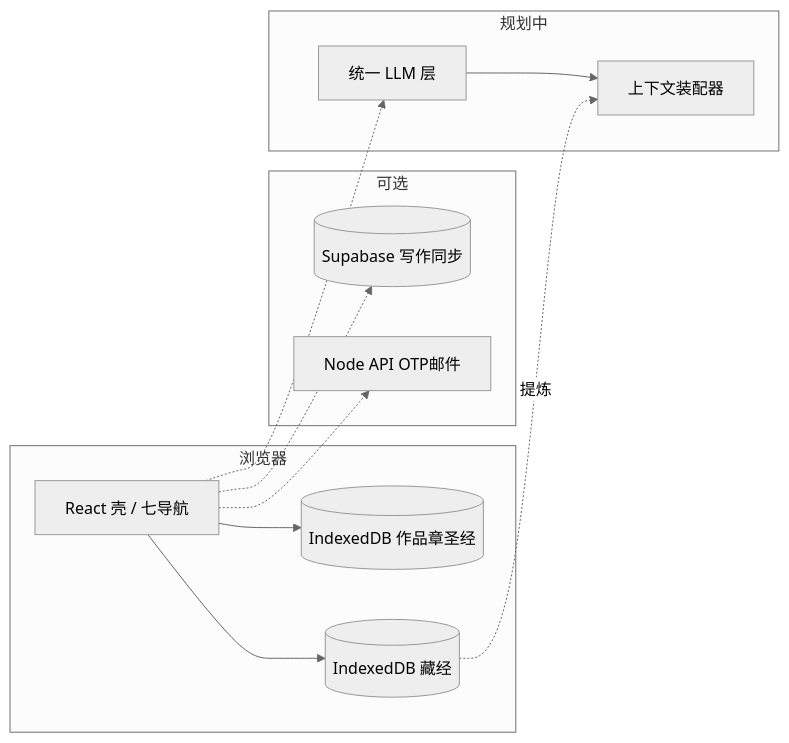
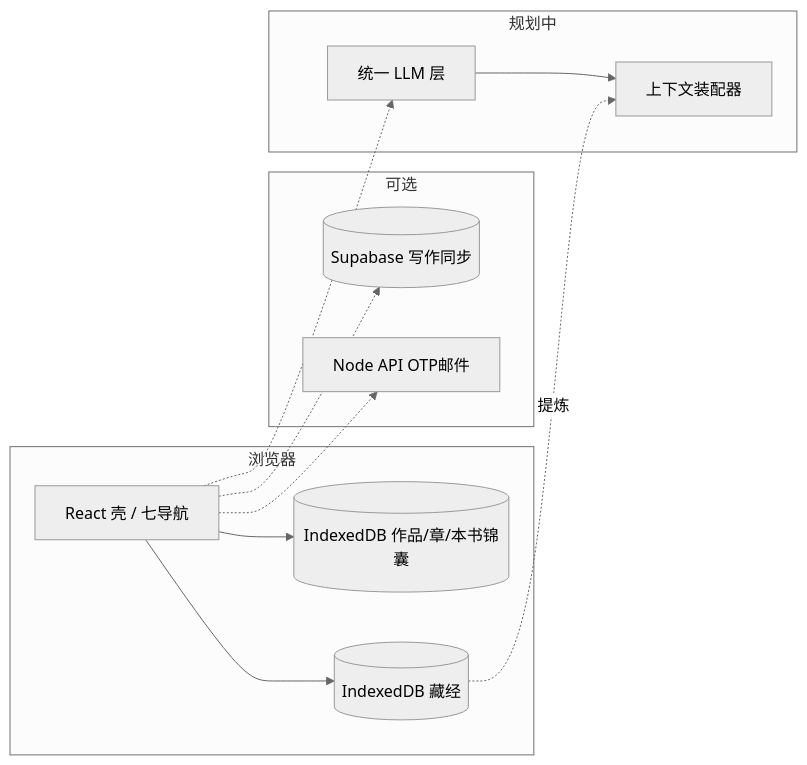
One commit to arome1005/liubaiai.com changed the diagram in design/ppt-source-materials.md. Above: the diagram before and after it, drawn with Mermaid (neutral theme). The commit also changed other lines of this file and 358 other files, not shown here.

First line of the commit message:
feat: add cangjing AI chat, prompt review flow, creator center UI

````diff
--- a/design/ppt-source-materials.md
+++ b/design/ppt-source-materials.md
@@ -268,23 +268,23 @@
 ```mermaid
 flowchart LR
   subgraph client [浏览器]
     UI[React 壳 / 七导航]
-    IDB[(IndexedDB 作品章圣经)]
+    IDB[(IndexedDB 作品/章/本书锦囊)]
     REF[(IndexedDB 藏经)]
   end
   subgraph optional [可选]
     SB[(Supabase 写作同步)]
     API[Node API OTP邮件]
   end
   subgraph future [规划中]
     LLM[统一 LLM 层]
     ASM[上下文装配器]
   end
   UI --> IDB
   UI --> REF
   UI -.-> SB
   UI -.-> API
   UI -.-> LLM
   LLM --> ASM
   REF -. 提炼 .-> ASM
 ```
````
